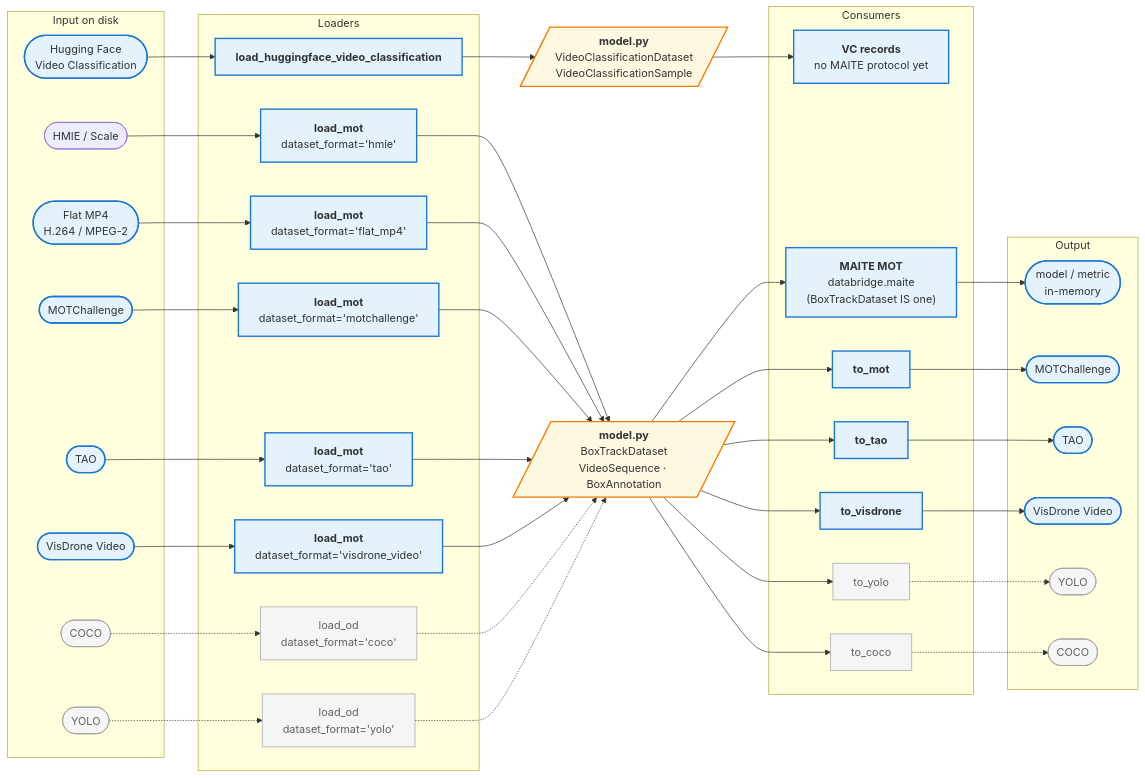
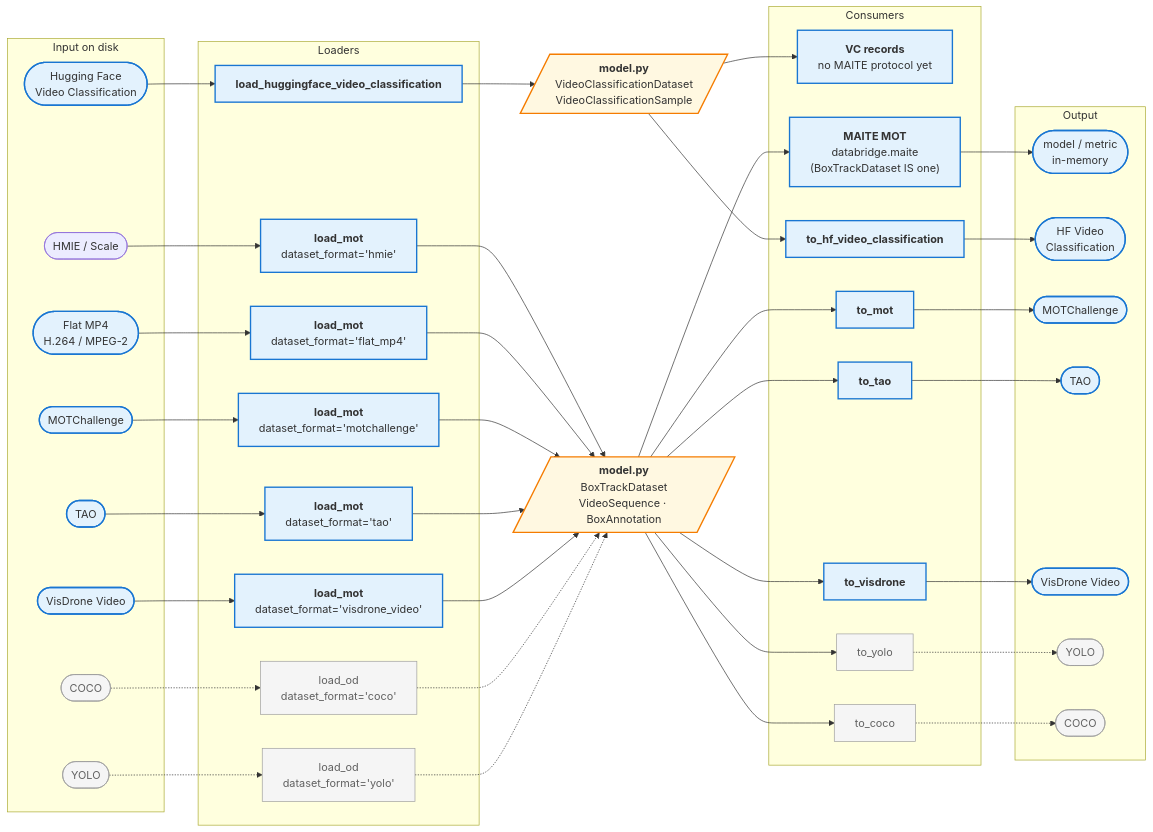
Before and after one commit to openteams-ai/datamaite: the first of 9 diagrams in docs/architecture.md, drawn with Mermaid. The commit also changed other lines of this file and 10 other files, not shown here.

Commit message:
Add Hugging Face video classification writer

````diff
--- a/docs/architecture.md
+++ b/docs/architecture.md
@@ -55,6 +55,7 @@
 
     subgraph consumers [Consumers]
         VCREC["<b>VC records</b><br/>no MAITE protocol yet"]
+        THF["<b>to_hf_video_classification</b>"]
         MAITE["<b>MAITE MOT</b><br/>databridge.maite<br/>(BoxTrackDataset IS one)"]
         TM["<b>to_mot</b>"]
         TT["<b>to_tao</b>"]
@@ -65,6 +66,7 @@
 
     subgraph out [Output]
         MAITEOUT([model / metric<br/>in-memory])
+        HFOUT([HF Video<br/>Classification])
         MOTOUT([MOTChallenge])
         TAOOUT([TAO])
         VISOUT([VisDrone Video])
@@ -89,6 +91,7 @@
     LC -.-> HUB
     LY -.-> HUB
     VCHUB --> VCREC
+    VCHUB --> THF
     HUB --> MAITE
     HUB --> TM
     HUB --> TT
@@ -96,6 +99,7 @@
     HUB --> TY
     HUB --> TC
     MAITE --> MAITEOUT
+    THF --> HFOUT
     TM --> MOTOUT
     TT --> TAOOUT
     TV --> VISOUT
@@ -106,7 +110,7 @@
     classDef impl fill:#e3f2fd,stroke:#1976d2,stroke-width:2px;
     classDef planned fill:#f5f5f5,stroke:#9e9e9e,color:#616161;
     class HUB,VCHUB hub;
-    class LH,LF,LHF,LM,LT,LV,TM,TT,TV,MAITE,VCREC impl;
-    class MAITEOUT,MP4IN,HFIN,MOTIN,TAOIN,VISIN,MOTOUT,TAOOUT,VISOUT impl;
+    class LH,LF,LHF,LM,LT,LV,THF,TM,TT,TV,MAITE,VCREC impl;
+    class MAITEOUT,MP4IN,HFIN,HFOUT,MOTIN,TAOIN,VISIN,MOTOUT,TAOOUT,VISOUT impl;
     class LC,LY,TY,TC,COCOIN,YOLOIN,YOLOUT,COCOUT planned;
 ```
````
